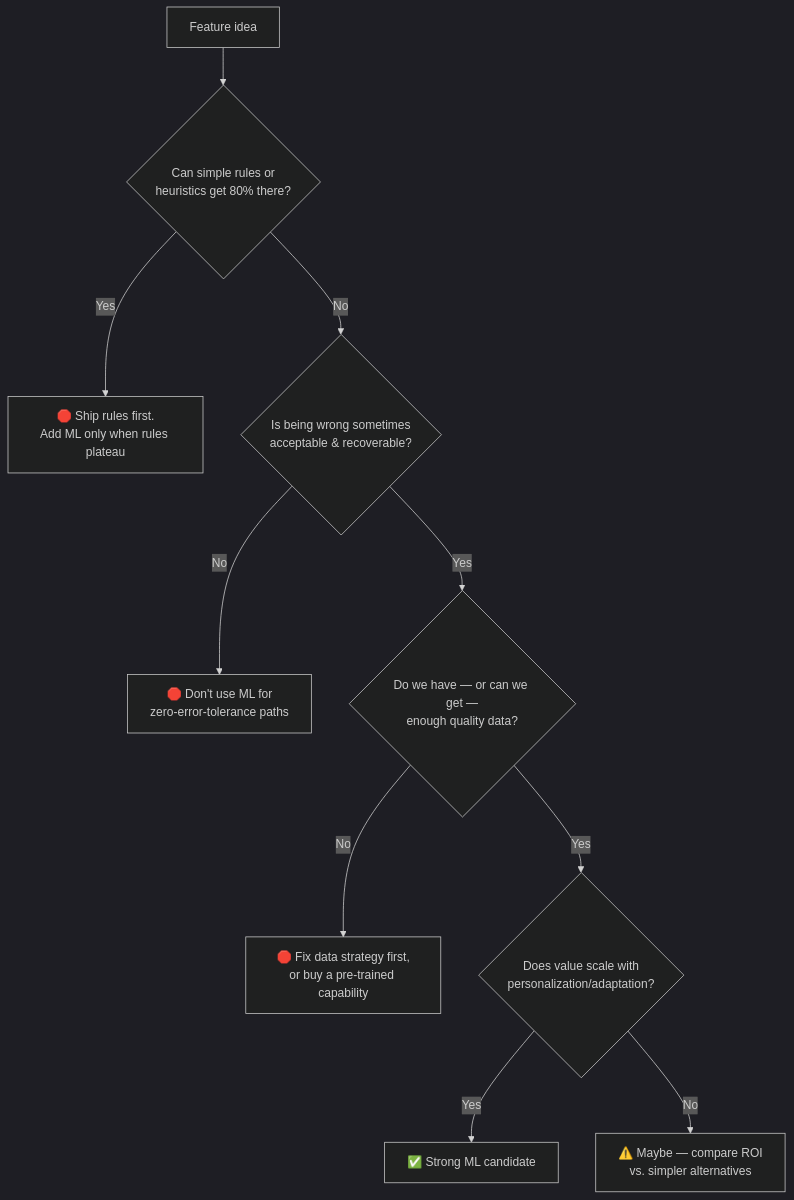
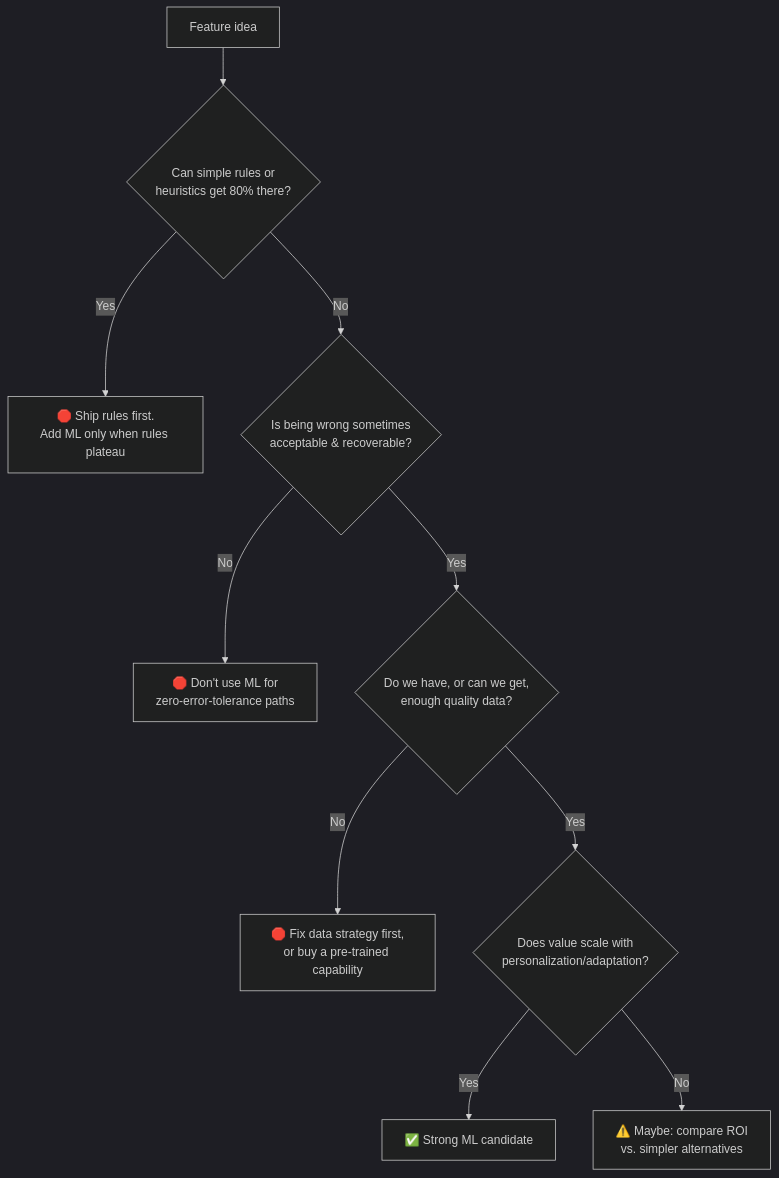
The third of 3 diagrams in 01-foundations/ml-fundamentals.md (sugirdadinakar/AI-for-Product-Managers), drawn with Mermaid (dark theme) before and after one commit. The commit also changed other lines of this file and 59 other files, not shown here.

````diff
--- a/01-foundations/ml-fundamentals.md
+++ b/01-foundations/ml-fundamentals.md
@@ -79,12 +79,12 @@
 ```mermaid
 flowchart TD
     A[Feature idea] --> B{Can simple rules or<br/>heuristics get 80% there?}
     B -- Yes --> C[🛑 Ship rules first.<br/>Add ML only when rules plateau]
     B -- No --> D{Is being wrong sometimes<br/>acceptable & recoverable?}
     D -- No --> E[🛑 Don't use ML for<br/>zero-error-tolerance paths]
-    D -- Yes --> F{Do we have — or can we get —<br/>enough quality data?}
+    D -- Yes --> F{Do we have, or can we get,<br/>enough quality data?}
     F -- No --> G[🛑 Fix data strategy first,<br/>or buy a pre-trained capability]
     F -- Yes --> H{Does value scale with<br/>personalization/adaptation?}
     H -- Yes --> I[✅ Strong ML candidate]
-    H -- No --> J[⚠️ Maybe — compare ROI<br/>vs. simpler alternatives]
+    H -- No --> J[⚠️ Maybe: compare ROI<br/>vs. simpler alternatives]
 ```
````
